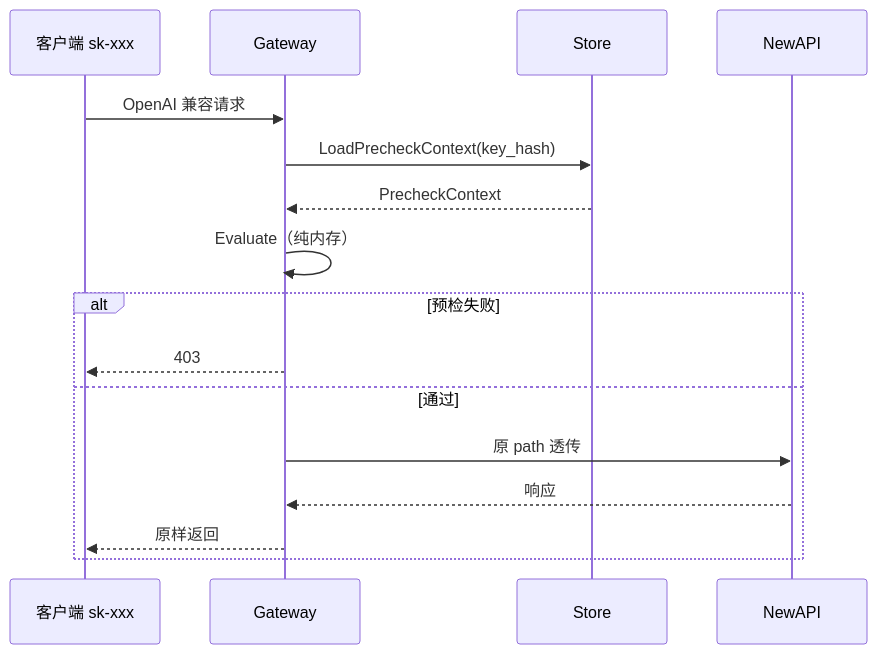
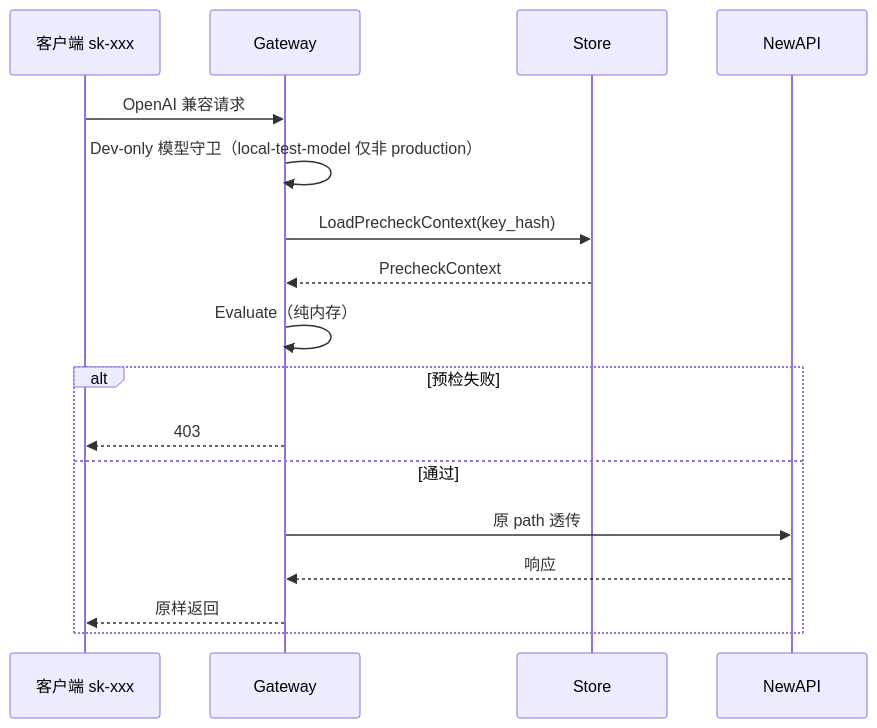
The third of 6 diagrams in docs/Backend-架构.md (quyip8818/mytokenjoy), drawn with Mermaid before and after one commit. The commit also changed other lines of this file and 80 other files, not shown here.

First line of the commit message:
feat(dev): add local simulate-consume stack with gated dev routes

````diff
--- a/docs/Backend-架构.md
+++ b/docs/Backend-架构.md
@@ -323,19 +323,20 @@
 ```mermaid
 sequenceDiagram
   participant C as 客户端 sk-xxx
   participant GW as Gateway
   participant ST as Store
   participant NA as NewAPI
 
   C->>GW: OpenAI 兼容请求
+  GW->>GW: Dev-only 模型守卫（local-test-model 仅非 production）
   GW->>ST: LoadPrecheckContext(key_hash)
   ST-->>GW: PrecheckContext
   GW->>GW: Evaluate（纯内存）
   alt 预检失败
     GW-->>C: 403
   else 通过
     GW->>NA: 原 path 透传
     NA-->>GW: 响应
     GW-->>C: 原样返回
   end
 ```
````
